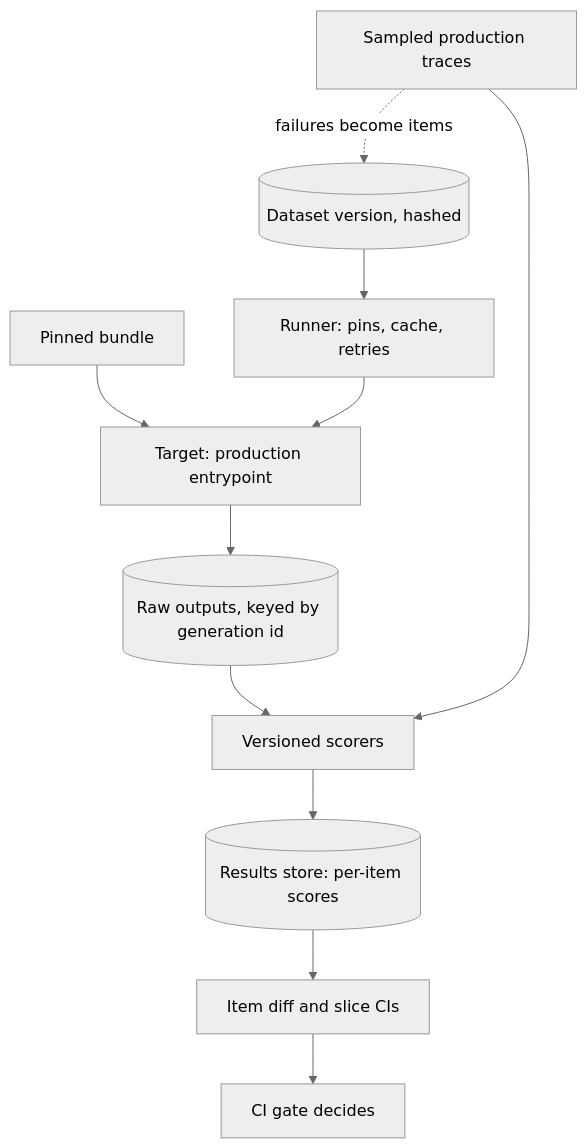
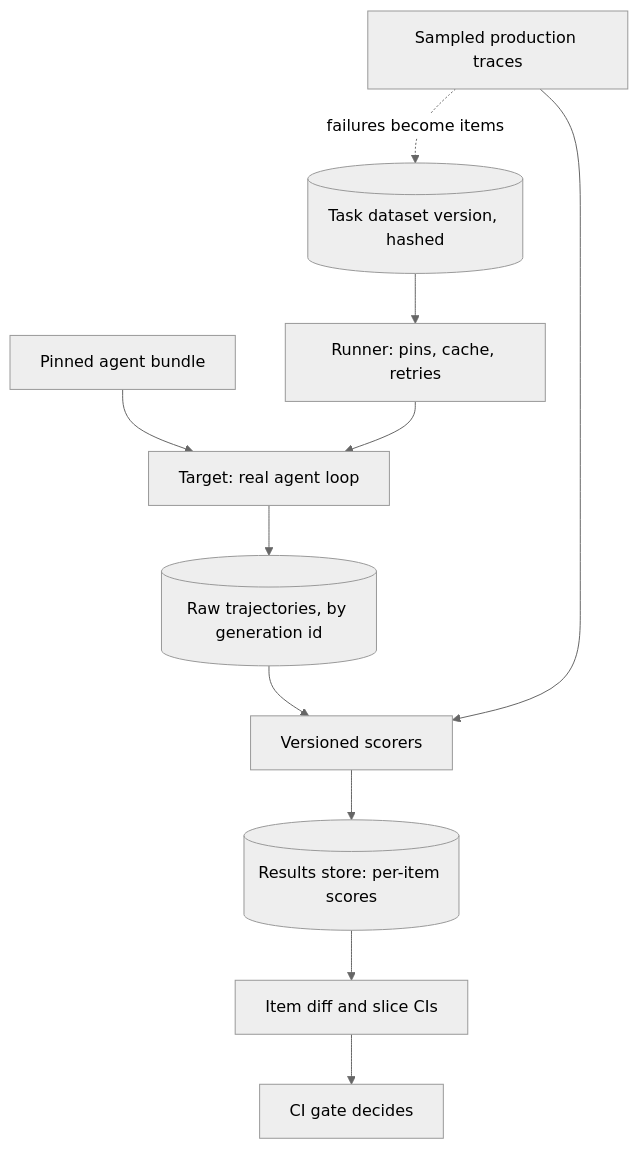
Before and after one commit to lovishmahajan97/agentic-learning: the diagram in content/llmops-platform/evaluation-frameworks.md, drawn with Mermaid (neutral theme). The commit also changed other lines of this file and 454 other files, not shown here.

````diff
--- a/content/llmops-platform/evaluation-frameworks.md
+++ b/content/llmops-platform/evaluation-frameworks.md
@@ -114,13 +132,13 @@
 ```mermaid
 flowchart TD
-    D[("Dataset version, hashed")] --> RN["Runner: pins, cache, retries"]
-    B["Pinned bundle"] --> TG["Target: production entrypoint"]
+    D[("Task dataset version, hashed")] --> RN["Runner: pins, cache, retries"]
+    B["Pinned agent bundle"] --> TG["Target: real agent loop"]
     RN --> TG
-    TG --> RO[("Raw outputs, keyed by generation id")]
+    TG --> RO[("Raw trajectories, by generation id")]
     RO --> SC["Versioned scorers"]
     SC --> RS[("Results store: per-item scores")]
     RS --> CMP["Item diff and slice CIs"]
     CMP --> G["CI gate decides"]
     PT["Sampled production traces"] --> SC
     PT -.->|"failures become items"| D
 ```
````
